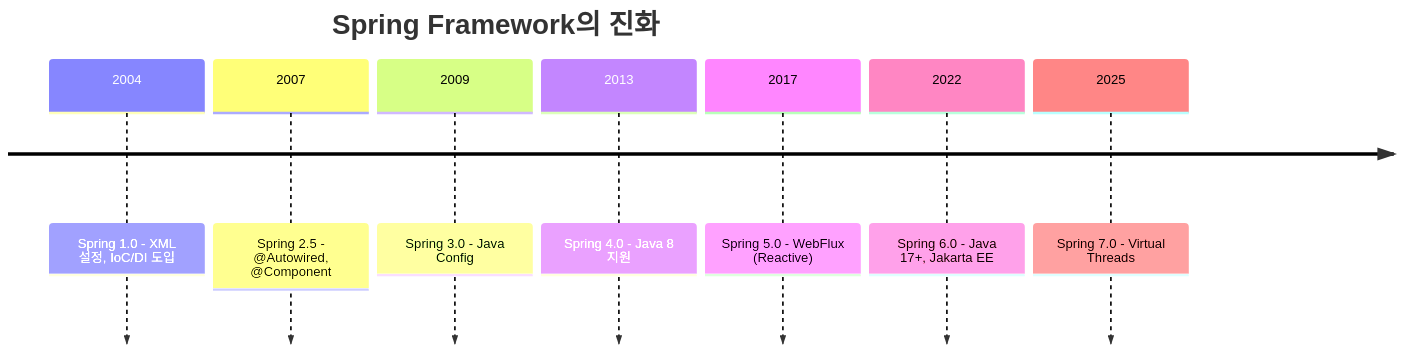
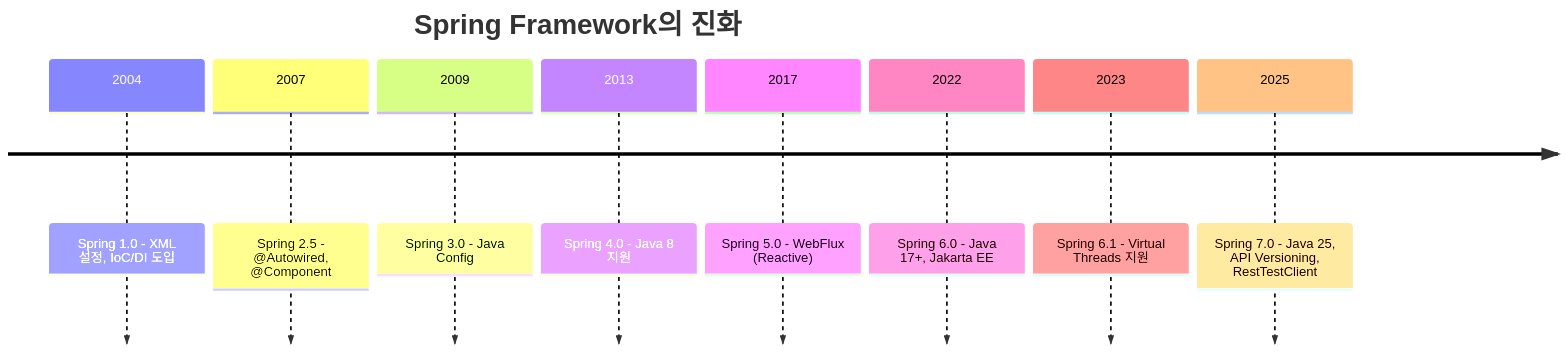
Before and after one commit to sskim91/TIL: the fifth of 5 diagrams in spring/Spring의-DI와-IoC.md, drawn with Mermaid. The commit also changed other lines of this file and 10 other files, not shown here.

````diff
--- a/spring/Spring의-DI와-IoC.md
+++ b/spring/Spring의-DI와-IoC.md
@@ -644,11 +650,12 @@
 ```mermaid
 timeline
     title Spring Framework의 진화
     2004 : Spring 1.0 - XML 설정, IoC/DI 도입
     2007 : Spring 2.5 - @Autowired, @Component
     2009 : Spring 3.0 - Java Config
     2013 : Spring 4.0 - Java 8 지원
     2017 : Spring 5.0 - WebFlux (Reactive)
     2022 : Spring 6.0 - Java 17+, Jakarta EE
-    2025 : Spring 7.0 - Virtual Threads
+    2023 : Spring 6.1 - Virtual Threads 지원
+    2025 : Spring 7.0 - Java 25, API Versioning, RestTestClient
 ```
````
